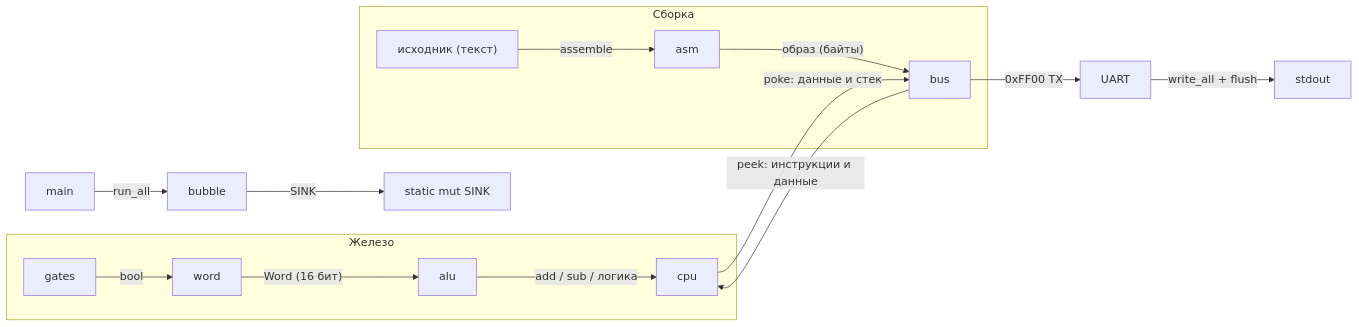
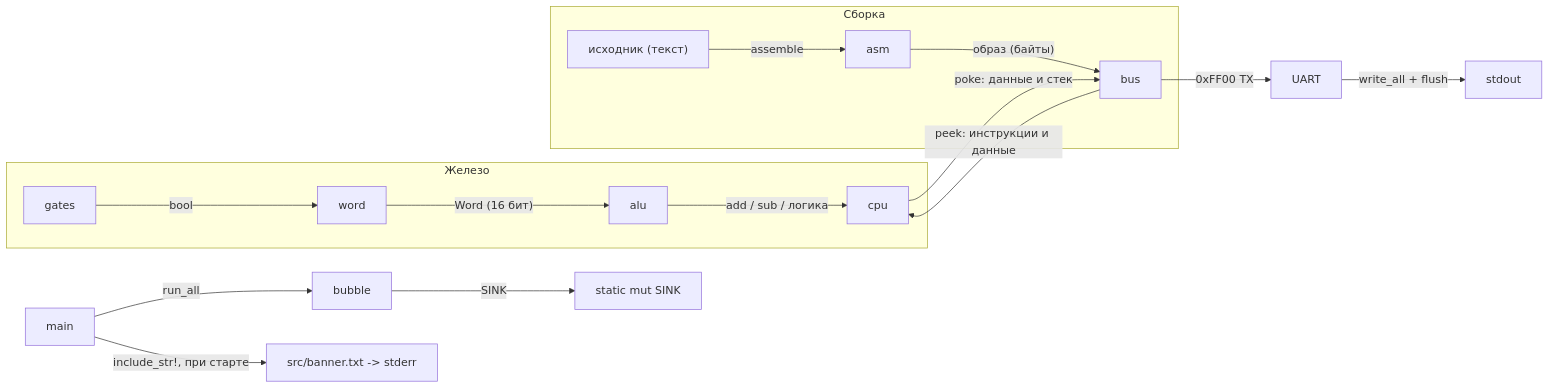
Before and after one commit to loki5512344ss/SummumOS: the first of 20 diagrams in чертежи.md, drawn with Mermaid. The commit also changed other lines of this file and 5 other files, not shown here.

````diff
--- a/чертежи.md
+++ b/чертежи.md
@@ -12,21 +12,22 @@
 ```mermaid
 graph LR
     subgraph Железо
         gates["gates"] -->|bool| word["word"]
         word -->|"Word (16 бит)"| alu["alu"]
         alu -->|add / sub / логика| cpu["cpu"]
     end
 
     subgraph Сборка
         src["исходник (текст)"] -->|assemble| asm["asm"]
         asm -->|"образ (байты)"| bus
     end
 
     bus["bus"] -->|"peek: инструкции и данные"| cpu
     cpu -->|"poke: данные и стек"| bus
     bus -->|"0xFF00 TX"| uart["UART"]
     uart -->|write_all + flush| stdout["stdout"]
 
     main["main"] -->|run_all| bubble["bubble"]
     bubble -->|SINK| sink["static mut SINK"]
+    main -->|"include_str!, при старте"| banner["src/banner.txt -> stderr"]
 ```
````
